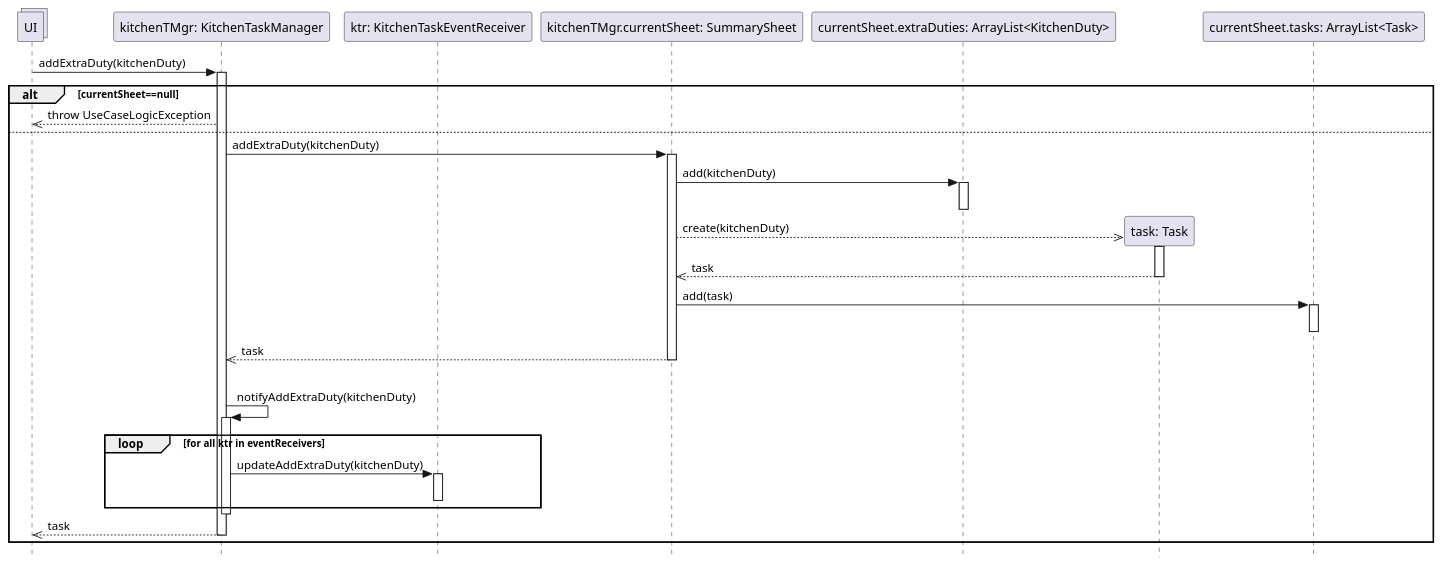
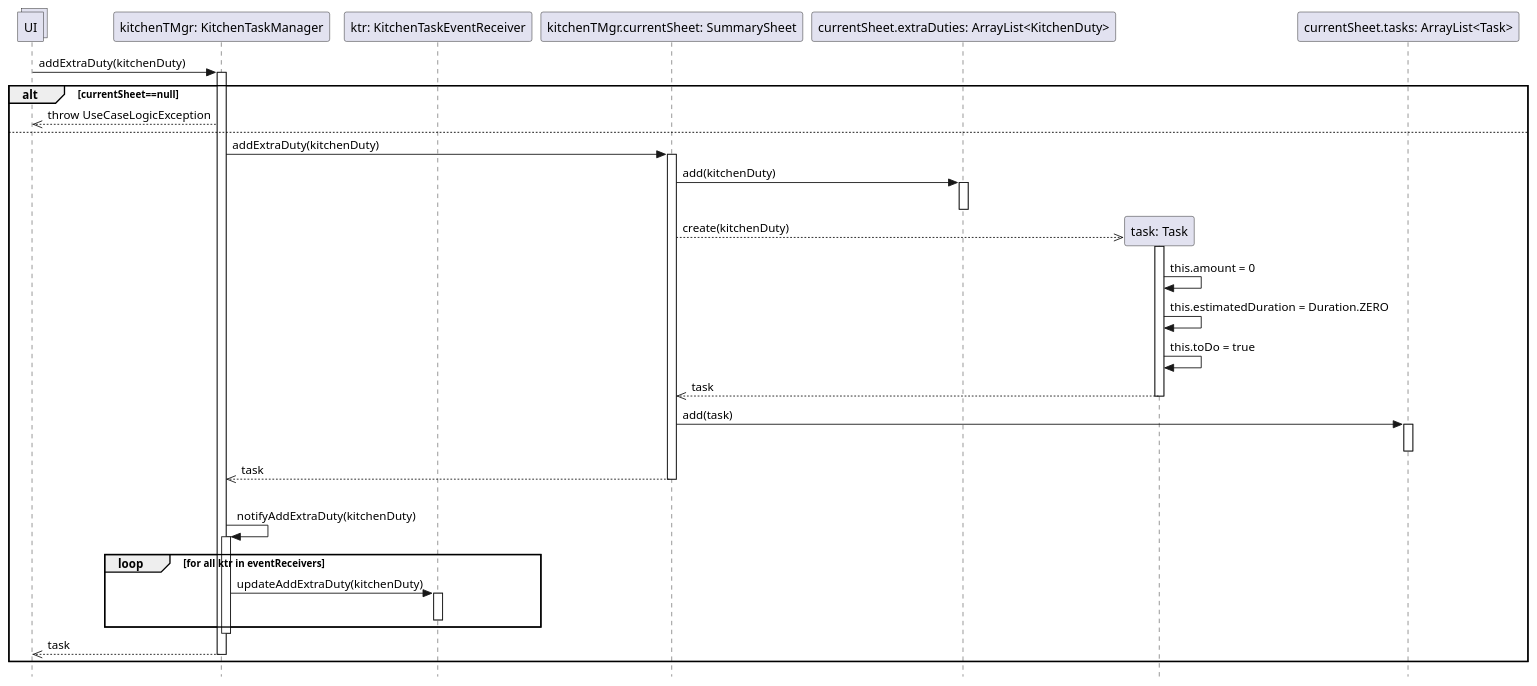
Before and after one commit to stefa168/sas-project: the diagram in UP/Progettazione/UC Gestire Compiti Cucina/DSD/DSD Operazione 2.puml, drawn with PlantUML. The commit also changed 4 other files, not shown here.

```diff
--- a/UP/Progettazione/UC Gestire Compiti Cucina/DSD/DSD Operazione 2.puml
+++ b/UP/Progettazione/UC Gestire Compiti Cucina/DSD/DSD Operazione 2.puml
@@ -1,54 +1,57 @@
 @startuml Operazione 2
 skinparam Style strictuml
 
 collections UI
 
 participant "kitchenTMgr: KitchenTaskManager" as ktm
 UI -> ktm: addExtraDuty(kitchenDuty)
 participant "ktr: KitchenTaskEventReceiver" as ktr
 
 activate ktm
 
 alt currentSheet==null
     UI <<-- ktm: throw UseCaseLogicException
 else
     participant "kitchenTMgr.currentSheet: SummarySheet" as ss
     ktm -> ss: addExtraDuty(kitchenDuty)
     activate ss
 
     participant "currentSheet.extraDuties: ArrayList<KitchenDuty>" as kdList
     ss -> kdList: add(kitchenDuty)
     activate kdList
     deactivate kdList
 
     participant "task: Task" as t
     ss -->> t**: create(kitchenDuty)
     activate t
+    t -> t: this.amount = 0
+    t -> t: this.estimatedDuration = Duration.ZERO
+    t -> t: this.toDo = true
     ss <<-- t:task
     deactivate t
     
     participant "currentSheet.tasks: ArrayList<Task>" as tasks
     ss -> tasks: add(task)
 
     activate tasks
     deactivate tasks
 
     ktm <<-- ss: task
     deactivate ss
     |||
     ktm -> ktm: notifyAddExtraDuty(kitchenDuty)
     activate ktm
     loop for all ktr in eventReceivers
         ktm -> ktr : updateAddExtraDuty(kitchenDuty)
         activate ktr
         deactivate ktr
     end
     deactivate ktm
 
     UI <<-- ktm : task
     deactivate ktm
 
     
 end
 
 @enduml
```
